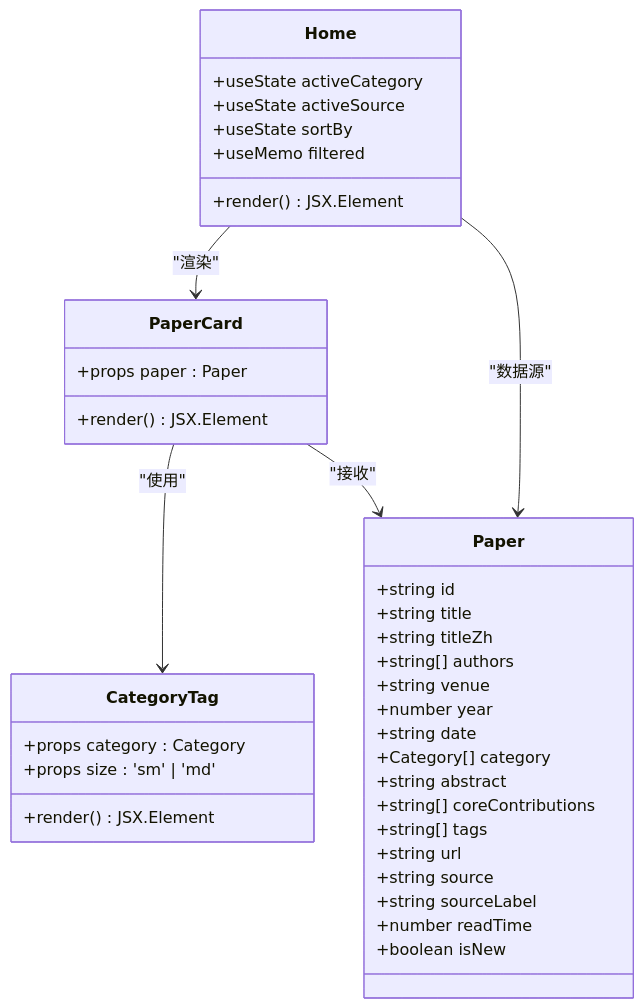
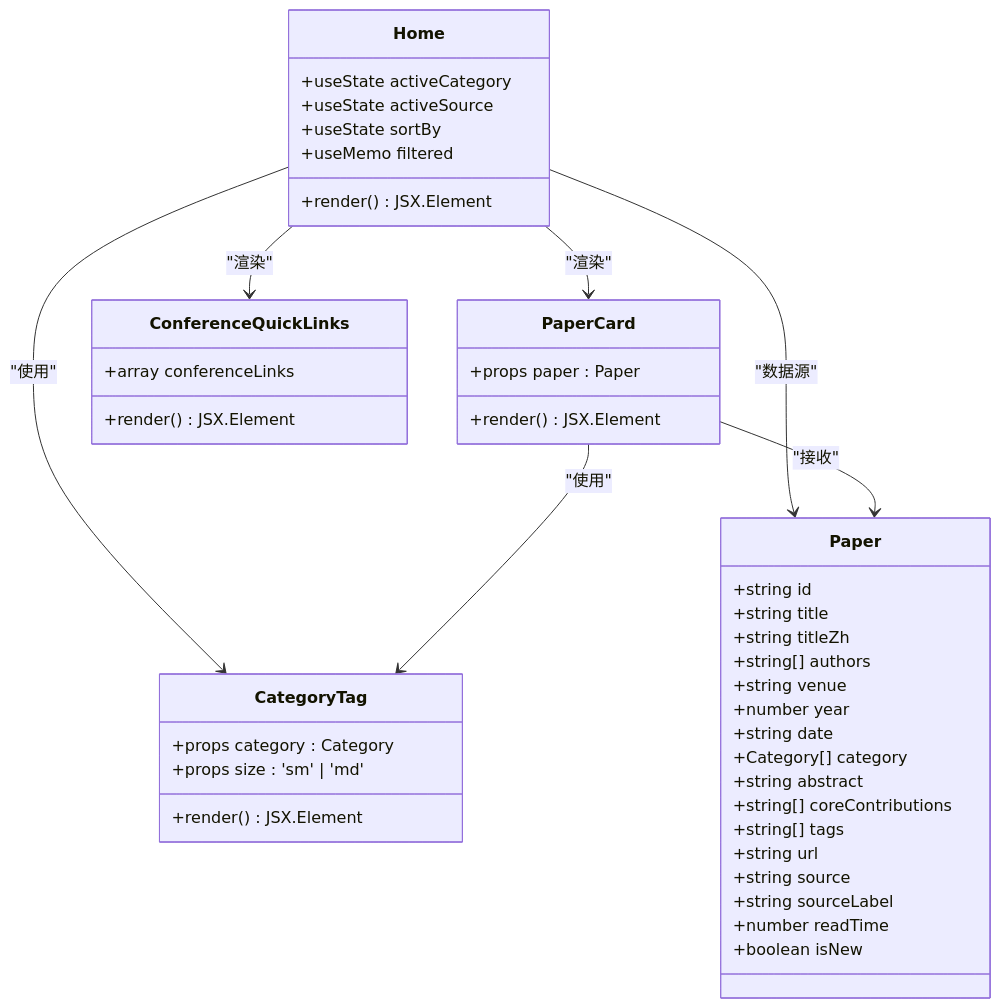
Before and after one commit to erikliu123/storage_ai_blog: the third of 7 diagrams in .qoder/repowiki/zh/content/页面组件/首页组件.md, drawn with Mermaid. The commit also changed other lines of this file and 84 other files, not shown here.

````diff
--- a/.qoder/repowiki/zh/content/页面组件/首页组件.md
+++ b/.qoder/repowiki/zh/content/页面组件/首页组件.md
@@ -143,41 +176,47 @@
 ```mermaid
 classDiagram
 class Home {
 +useState activeCategory
 +useState activeSource
 +useState sortBy
 +useMemo filtered
 +render() JSX.Element
 }
 class PaperCard {
 +props paper : Paper
 +render() JSX.Element
 }
 class CategoryTag {
 +props category : Category
 +props size : 'sm' | 'md'
 +render() JSX.Element
 }
 class Paper {
 +string id
 +string title
 +string titleZh
 +string[] authors
 +string venue
 +number year
 +string date
 +Category[] category
 +string abstract
 +string[] coreContributions
 +string[] tags
 +string url
 +string source
 +string sourceLabel
 +number readTime
 +boolean isNew
 }
+class ConferenceQuickLinks {
++array conferenceLinks
++render() JSX.Element
+}
 Home --> PaperCard : "渲染"
+Home --> CategoryTag : "使用"
+Home --> ConferenceQuickLinks : "渲染"
 PaperCard --> CategoryTag : "使用"
 Home --> Paper : "数据源"
 PaperCard --> Paper : "接收"
 ```
````
